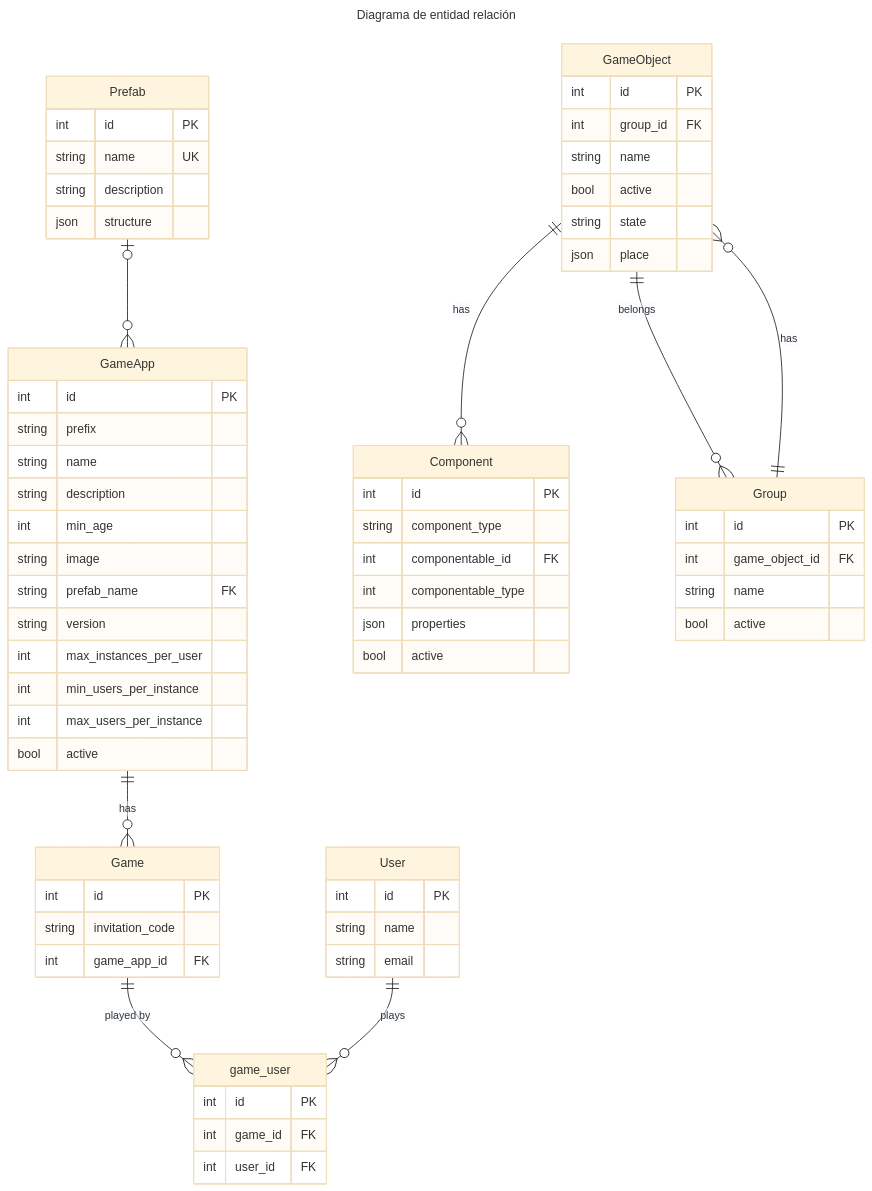
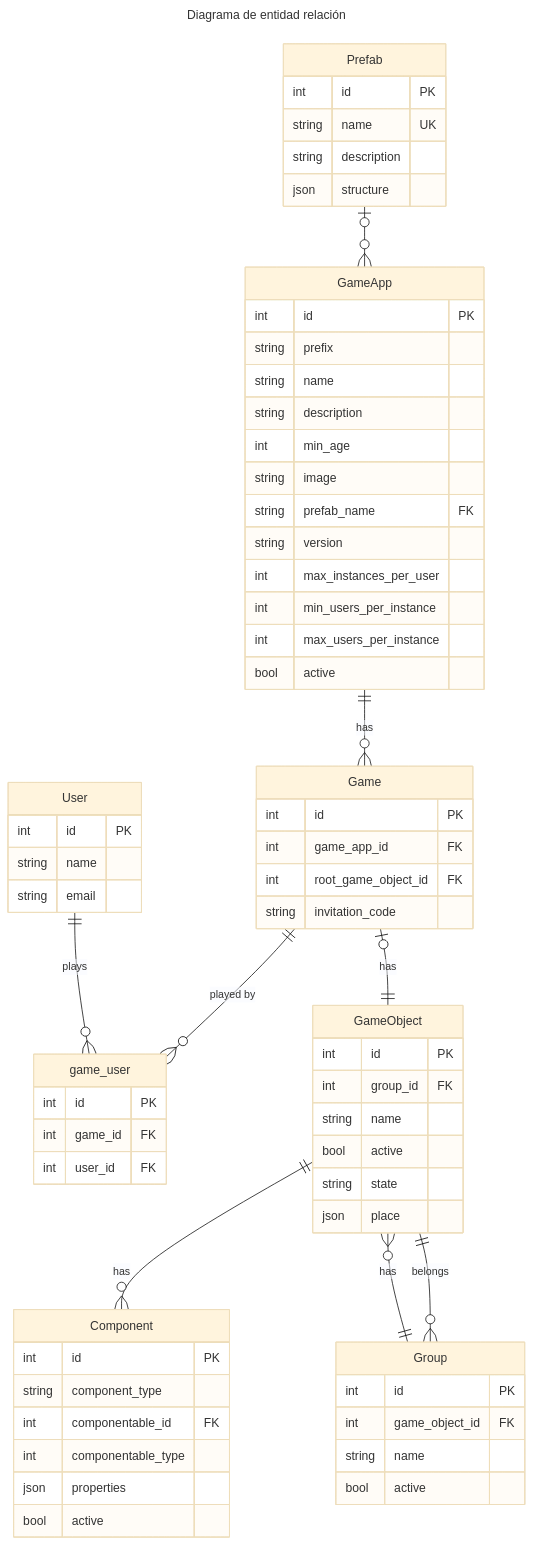
One commit to eormeno/base-project changed the second of 2 diagrams in docs/class_diagrams.md. Above: the diagram before and after it, drawn with Mermaid (base theme).

````diff
--- a/docs/class_diagrams.md
+++ b/docs/class_diagrams.md
@@ -66,78 +66,80 @@
 ```mermaid
 ---
 title: Diagrama de entidad relación
 ---
 erDiagram
     GameApp ||--o{ Game : "has"
     Game ||--o{ game_user : "played by"
     GameObject ||--o{ Component : "has"
     GameObject ||--o{ Group : "belongs"
     Group ||--o{ GameObject : "has"
     Prefab one or zero --o{ GameApp : ""
     User ||--o{ game_user : "plays"
+    Game one or zero -- 1 GameObject : "has"
 
     GameApp {
         int id PK
         string prefix
         string name
         string description
         int min_age
         string image
         string prefab_name FK
         string version
         int max_instances_per_user
         int min_users_per_instance
         int max_users_per_instance
         bool active
     }
 
     Game {
         int id PK
+        int game_app_id FK
+        int root_game_object_id FK
         string invitation_code
-        int game_app_id FK
     }
 
     game_user {
         int id PK
         int game_id FK
         int user_id FK
     }
 
     Prefab {
         int id PK
         string name UK
         string description
         json structure
     }
 
     GameObject {
         int id PK
         int group_id FK
         string name
         bool active
         string state
         json place
     }
 
     Group {
         int id PK
         int game_object_id FK
         string name
         bool active
     }
 
     Component {
         int id PK
         string component_type
         int componentable_id FK
         int componentable_type
         json properties
         bool active
     }
 
     User {
         int id PK
         string name
         string email
     }
 ```
````
